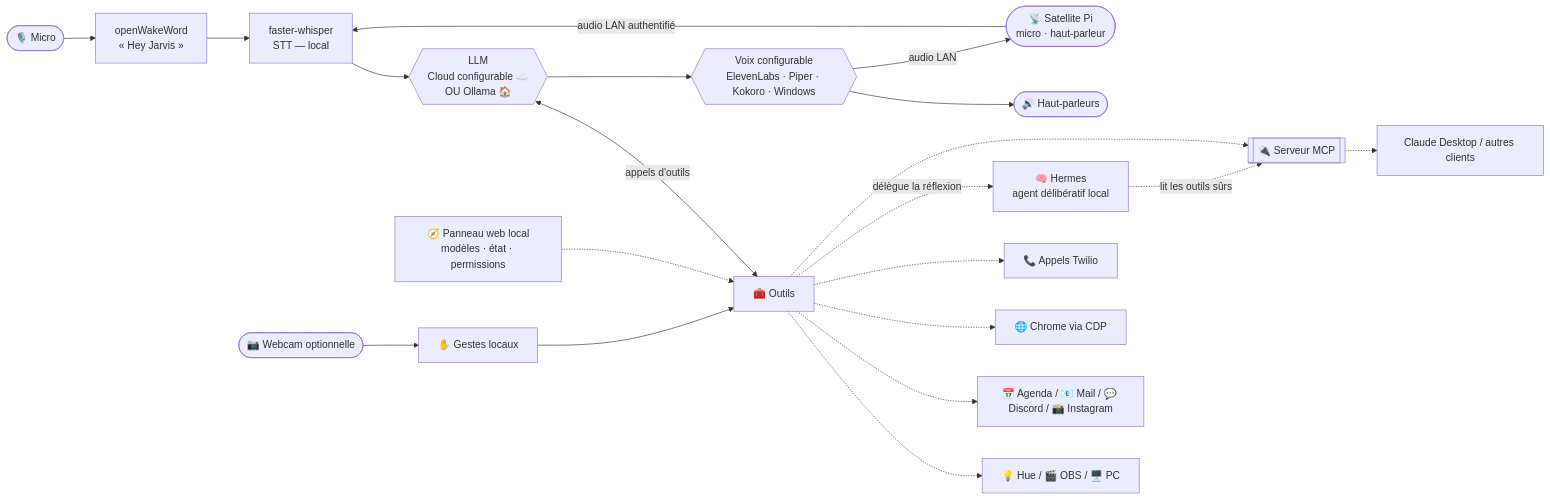
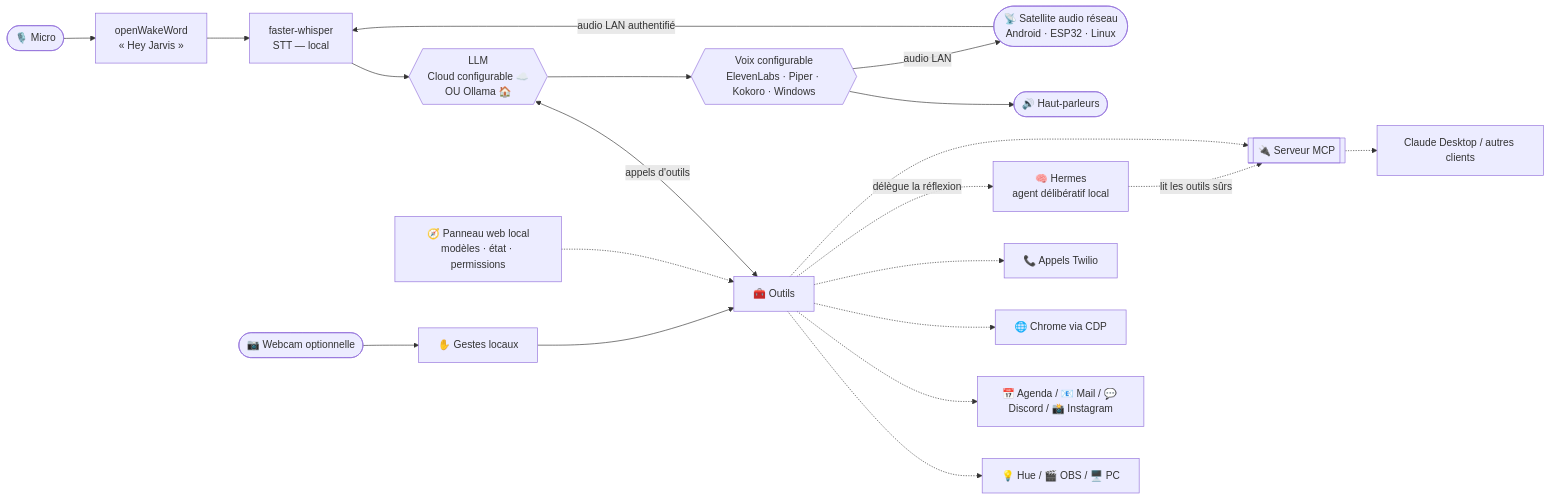
Before and after one commit to flochatelain0-sudo/jarvis-assistant-vocal: the diagram in README.md, drawn with Mermaid. The commit also changed other lines of this file and 2 other files, not shown here.

````diff
--- a/README.md
+++ b/README.md
@@ -79,24 +81,24 @@
 ```mermaid
 flowchart LR
     Mic([🎙️ Micro]) --> WW[openWakeWord<br/>« Hey Jarvis »]
     WW --> STT[faster-whisper<br/>STT — local]
     STT --> LLM{{LLM<br/>Cloud configurable ☁️<br/>OU Ollama 🏠}}
     LLM <-->|appels d'outils| TOOLS[🧰 Outils]
     LLM --> TTS{{Voix configurable<br/>ElevenLabs · Piper · Kokoro · Windows}}
     TTS --> SPK([🔊 Haut-parleurs])
 
-    SAT([📡 Satellite Pi<br/>micro · haut-parleur]) -->|audio LAN authentifié| STT
+    SAT([📡 Satellite audio réseau<br/>Android · ESP32 · Linux]) -->|audio LAN authentifié| STT
     TTS -->|audio LAN| SAT
     CAM([📷 Webcam optionnelle]) --> GEST[✋ Gestes locaux]
     GEST --> TOOLS
 
     TOOLS -.-> HOME[💡 Hue / 🎬 OBS / 🖥️ PC]
     TOOLS -.-> NET[📅 Agenda / 📧 Mail / 💬 Discord / 📸 Instagram]
     TOOLS -.-> CDP[🌐 Chrome via CDP]
     TOOLS -.-> TW[📞 Appels Twilio]
     TOOLS -.->|délègue la réflexion| HERMES[🧠 Hermes<br/>agent délibératif local]
     TOOLS -.-> MCP[[🔌 Serveur MCP]]
     HERMES -.->|lit les outils sûrs| MCP
     MCP -.-> EXT[Claude Desktop / autres clients]
     PANEL[🧭 Panneau web local<br/>modèles · état · permissions] -.-> TOOLS
 ```
````
